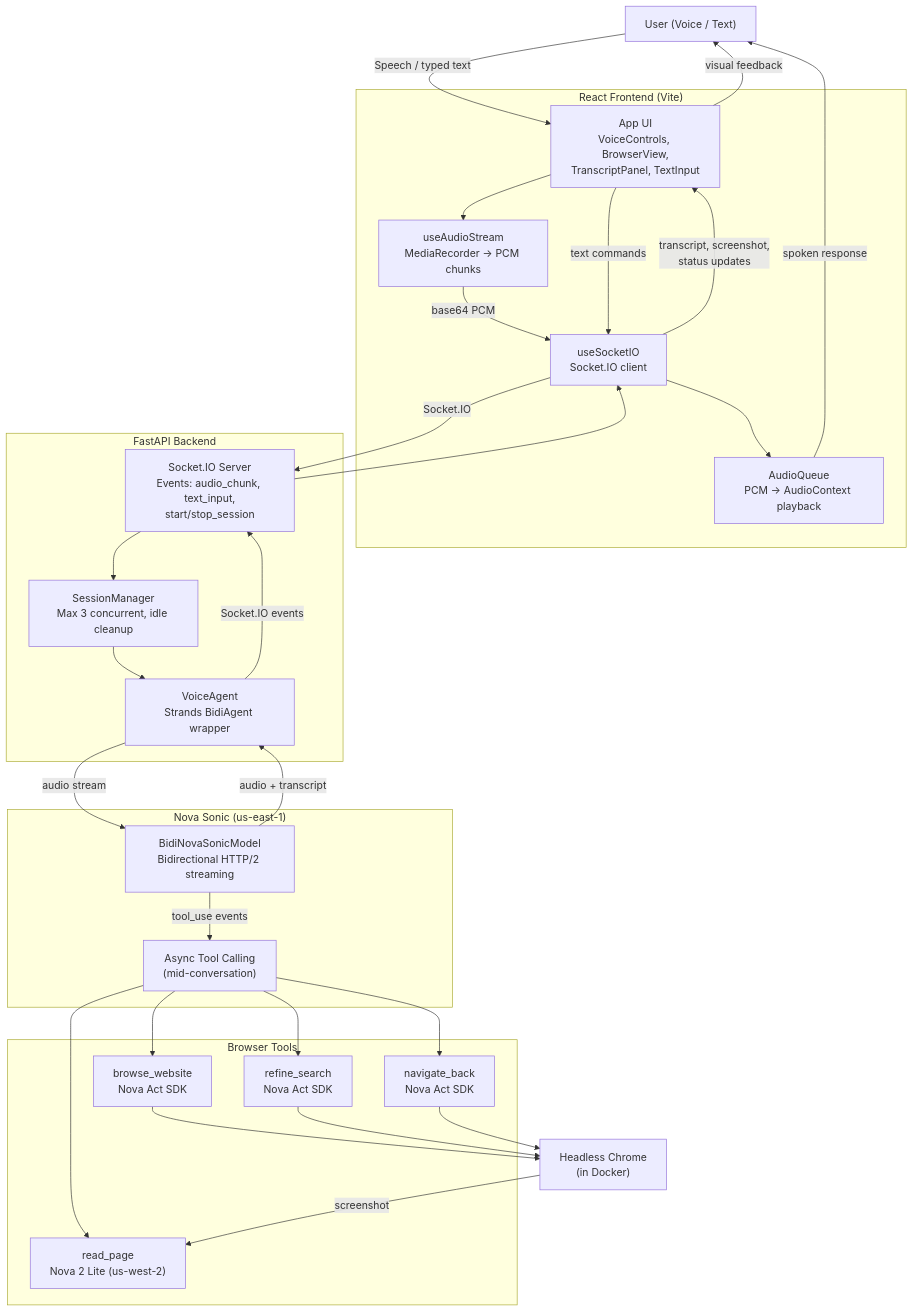
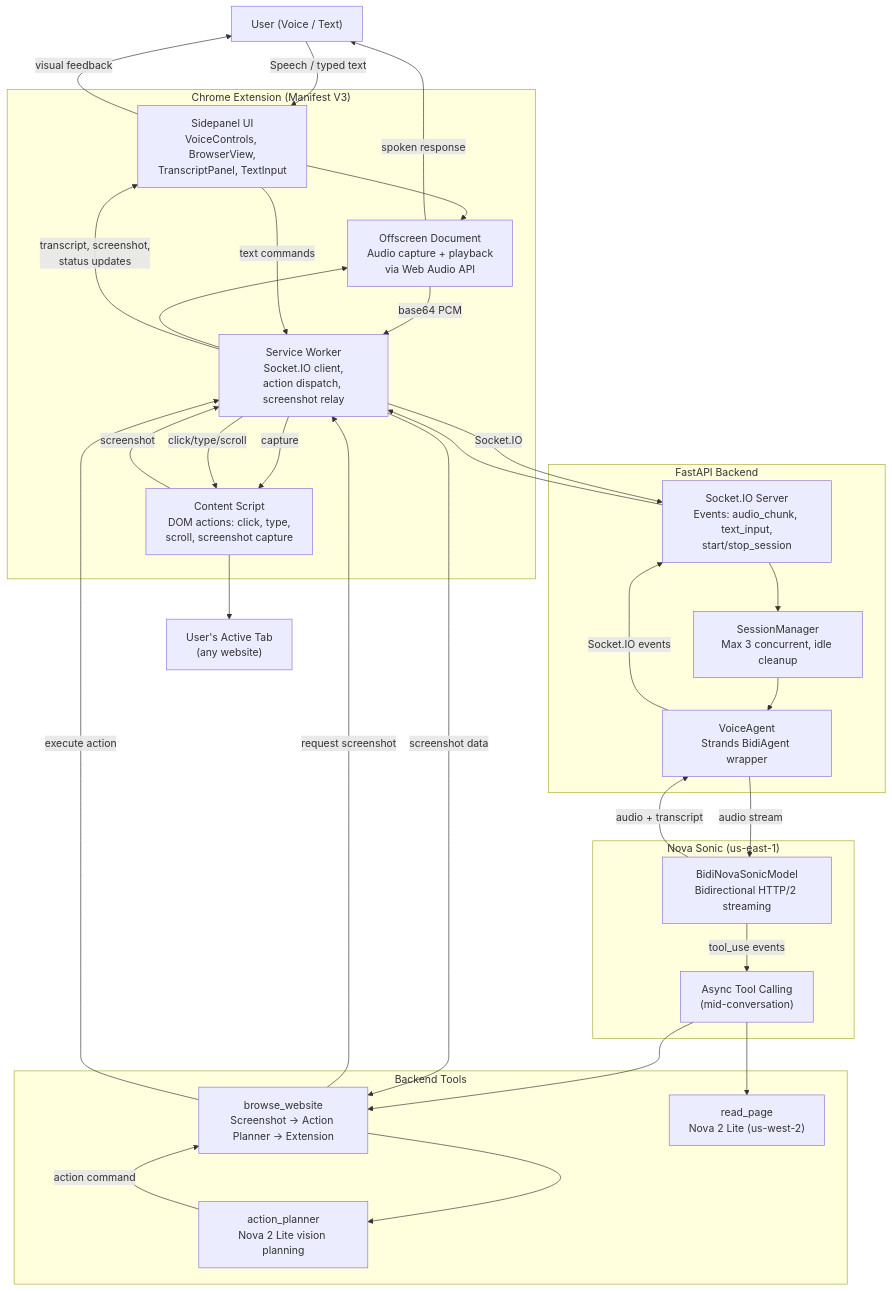
Before and after one commit to sgharlow/accessvoice: the first of 3 diagrams in architecture.md, drawn with Mermaid. The commit also changed other lines of this file and 2 other files, not shown here.

First line of the commit message:
docs: update submission materials for Chrome Extension architecture

````diff
--- a/architecture.md
+++ b/architecture.md
@@ -5,56 +5,58 @@
 ```mermaid
 graph TD
     User["User (Voice / Text)"]
 
-    subgraph Frontend["React Frontend (Vite)"]
-        UI["App UI<br/>VoiceControls, BrowserView,<br/>TranscriptPanel, TextInput"]
-        AudioStream["useAudioStream<br/>MediaRecorder → PCM chunks"]
-        SocketHook["useSocketIO<br/>Socket.IO client"]
-        AudioQueue["AudioQueue<br/>PCM → AudioContext playback"]
+    subgraph Extension["Chrome Extension (Manifest V3)"]
+        Sidepanel["Sidepanel UI<br/>VoiceControls, BrowserView,<br/>TranscriptPanel, TextInput"]
+        ContentScript["Content Script<br/>DOM actions: click, type,<br/>scroll, screenshot capture"]
+        ServiceWorker["Service Worker<br/>Socket.IO client,<br/>action dispatch, screenshot relay"]
+        Offscreen["Offscreen Document<br/>Audio capture + playback<br/>via Web Audio API"]
     end
 
     subgraph Backend["FastAPI Backend"]
         SIO["Socket.IO Server<br/>Events: audio_chunk, text_input,<br/>start/stop_session"]
         SessionMgr["SessionManager<br/>Max 3 concurrent, idle cleanup"]
         VoiceAgent["VoiceAgent<br/>Strands BidiAgent wrapper"]
     end
 
     subgraph NovaSonic["Nova Sonic (us-east-1)"]
         BidiAgent["BidiNovaSonicModel<br/>Bidirectional HTTP/2 streaming"]
         ToolRouter["Async Tool Calling<br/>(mid-conversation)"]
     end
 
-    subgraph Tools["Browser Tools"]
-        Browse["browse_website<br/>Nova Act SDK"]
+    subgraph Tools["Backend Tools"]
+        Browse["browse_website<br/>Screenshot → Action Planner → Extension"]
+        ActionPlanner["action_planner<br/>Nova 2 Lite vision planning"]
         ReadPage["read_page<br/>Nova 2 Lite (us-west-2)"]
-        Refine["refine_search<br/>Nova Act SDK"]
-        NavBack["navigate_back<br/>Nova Act SDK"]
     end
 
-    Browser["Headless Chrome<br/>(in Docker)"]
+    UserBrowser["User's Active Tab<br/>(any website)"]
 
-    User -->|"Speech / typed text"| UI
-    UI --> AudioStream
-    AudioStream -->|"base64 PCM"| SocketHook
-    UI -->|"text commands"| SocketHook
-    SocketHook -->|"Socket.IO"| SIO
+    User -->|"Speech / typed text"| Sidepanel
+    Sidepanel --> Offscreen
+    Offscreen -->|"base64 PCM"| ServiceWorker
+    Sidepanel -->|"text commands"| ServiceWorker
+    ServiceWorker -->|"Socket.IO"| SIO
     SIO --> SessionMgr
     SessionMgr --> VoiceAgent
     VoiceAgent -->|"audio stream"| BidiAgent
     BidiAgent -->|"tool_use events"| ToolRouter
     ToolRouter --> Browse
     ToolRouter --> ReadPage
-    ToolRouter --> Refine
-    ToolRouter --> NavBack
-    Browse --> Browser
-    Refine --> Browser
-    NavBack --> Browser
-    Browser -->|"screenshot"| ReadPage
+    Browse -->|"request screenshot"| ServiceWorker
+    ServiceWorker -->|"capture"| ContentScript
+    ContentScript -->|"screenshot"| ServiceWorker
+    ServiceWorker -->|"screenshot data"| Browse
+    Browse --> ActionPlanner
+    ActionPlanner -->|"action command"| Browse
+    Browse -->|"execute action"| ServiceWorker
+    ServiceWorker -->|"click/type/scroll"| ContentScript
+    ContentScript --> UserBrowser
     BidiAgent -->|"audio + transcript"| VoiceAgent
     VoiceAgent -->|"Socket.IO events"| SIO
-    SIO --> SocketHook
-    SocketHook --> AudioQueue
-    SocketHook -->|"transcript, screenshot,<br/>status updates"| UI
-    AudioQueue -->|"spoken response"| User
-    UI -->|"visual feedback"| User
+    SIO --> ServiceWorker
+    ServiceWorker --> Offscreen
+    ServiceWorker -->|"transcript, screenshot,<br/>status updates"| Sidepanel
+    Offscreen -->|"spoken response"| User
+    Sidepanel -->|"visual feedback"| User
 ```
````
